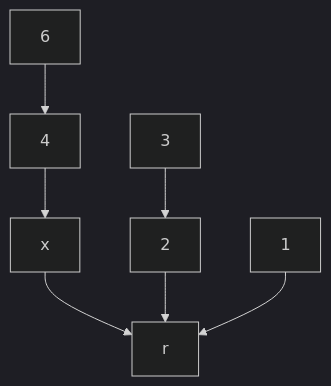
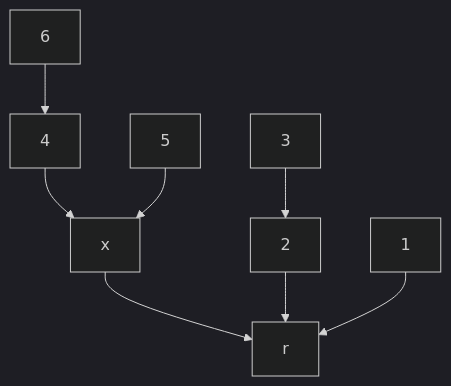
The fourth of 4 diagrams in ss11/README.md (aki-ph-chem/kencho), drawn with Mermaid (dark theme) before and after one commit. The commit also changed other lines of this file, not shown here.

````diff
--- a/ss11/README.md
+++ b/ss11/README.md
@@ -70,6 +75,7 @@
 ```mermaid
 graph TD
     5[6]-->4[4]-->3[x]-->0[r]
+    7[5]-->3[x]
     6[3]-->2-->0
     1[1]-->0
 ```
````
